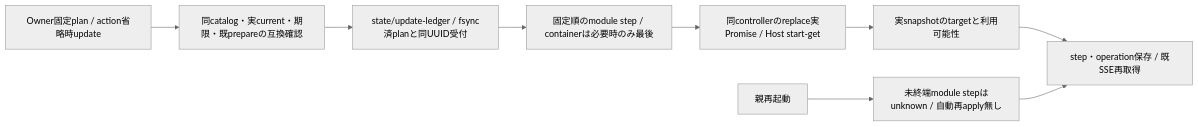
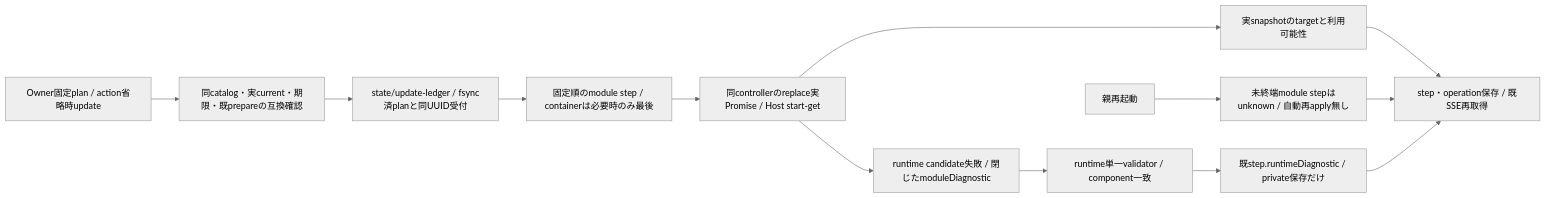
Before and after one commit to kitepon/BellTeam: diagram 24 of 26 in docs/architecture/modules/integration/README.md, drawn with Mermaid (neutral theme). The commit also changed other lines of this file and 2 other files, not shown here.

Commit message:
fix(integration): retain validated private module exchange diagnostics

````diff
--- a/docs/architecture/modules/integration/README.md
+++ b/docs/architecture/modules/integration/README.md
@@ -503,11 +503,15 @@
 ```mermaid
 flowchart LR
   Plan[Owner固定plan / action省略時update] --> Check[同catalog・実current・期限・既prepareの互換確認]
   Check --> Journal[state/update-ledger / fsync済planと同UUID受付]
   Journal --> Steps[固定順のmodule step / containerは必要時のみ最後]
   Steps --> Public[同controllerのreplace実Promise / Host start-get]
   Public --> Verify[実snapshotのtargetと利用可能性]
   Verify --> Result[step・operation保存 / 既SSE再取得]
   Restart[親再起動] --> Unknown[未終端module stepはunknown / 自動再apply無し]
   Unknown --> Result
+  Public --> Failure[runtime candidate失敗 / 閉じたmoduleDiagnostic]
+  Failure --> Validate[runtime単一validator / component一致]
+  Validate --> Private[既step.runtimeDiagnostic / private保存だけ]
+  Private --> Result
 ```
````
